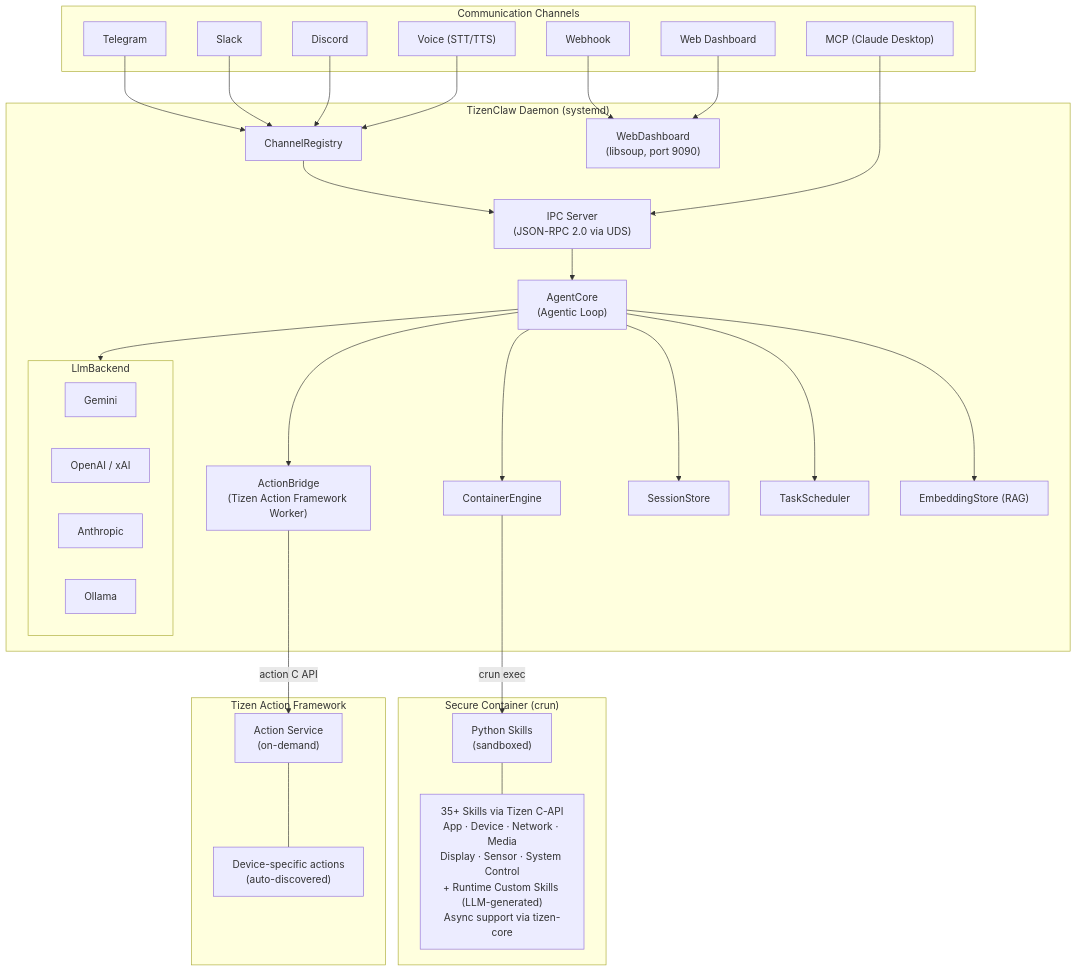
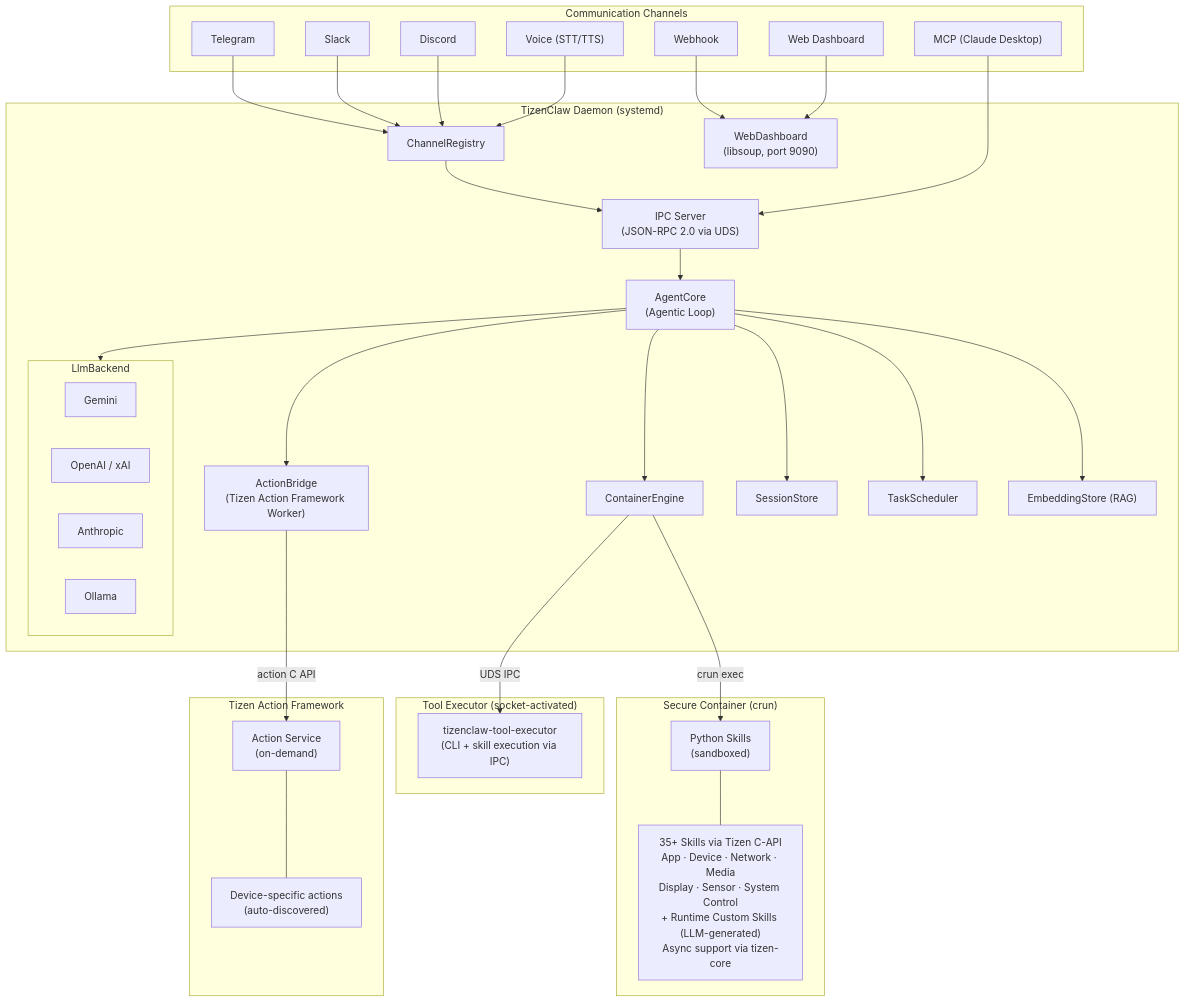
One commit to ashuksingh11/tizenclaw changed the diagram in README.md. Above: the diagram before and after it, drawn with Mermaid. The commit also changed other lines of this file and 3 other files, not shown here.

````diff
--- a/README.md
+++ b/README.md
@@ -180,58 +182,63 @@
 ```mermaid
 graph TB
     subgraph Channels["Communication Channels"]
         Telegram["Telegram"]
         Slack["Slack"]
         Discord["Discord"]
         MCP["MCP (Claude Desktop)"]
         Webhook["Webhook"]
         Voice["Voice (STT/TTS)"]
         WebUI["Web Dashboard"]
     end
 
     subgraph Daemon["TizenClaw Daemon (systemd)"]
         ChannelReg["ChannelRegistry"]
         IPC["IPC Server<br/>(JSON-RPC 2.0 via UDS)"]
         AgentCore["AgentCore<br/>(Agentic Loop)"]
         ContainerEngine["ContainerEngine"]
         ActionBridge["ActionBridge<br/>(Tizen Action Framework Worker)"]
         SessionStore["SessionStore"]
         TaskScheduler["TaskScheduler"]
         EmbeddingStore["EmbeddingStore (RAG)"]
         WebDashboard["WebDashboard<br/>(libsoup, port 9090)"]
 
         subgraph LLM["LlmBackend"]
             Gemini["Gemini"]
             OpenAI["OpenAI / xAI"]
             Anthropic["Anthropic"]
             Ollama["Ollama"]
         end
 
         ChannelReg --> IPC
         IPC --> AgentCore
         AgentCore --> LLM
         AgentCore --> ContainerEngine
         AgentCore --> ActionBridge
         AgentCore --> SessionStore
         AgentCore --> TaskScheduler
         AgentCore --> EmbeddingStore
     end
 
+    subgraph ToolExec["Tool Executor (socket-activated)"]
+        ToolExecSvc["tizenclaw-tool-executor<br/>(CLI + skill execution via IPC)"]
+    end
+
     subgraph Secure["Secure Container (crun)"]
         Skills["Python Skills<br/>(sandboxed)"]
         SkillList["35+ Skills via Tizen C-API<br/>App · Device · Network · Media<br/>Display · Sensor · System Control<br/>+ Runtime Custom Skills (LLM-generated)<br/>Async support via tizen-core"]
         Skills --- SkillList
     end
 
     subgraph ActionFW["Tizen Action Framework"]
         ActionService["Action Service<br/>(on-demand)"]
         ActionApps["Device-specific actions<br/>(auto-discovered)"]
         ActionService --- ActionApps
     end
 
     Telegram & Slack & Discord & Voice --> ChannelReg
     MCP --> IPC
     Webhook & WebUI --> WebDashboard
+    ContainerEngine -- "UDS IPC" --> ToolExecSvc
     ContainerEngine -- "crun exec" --> Skills
     ActionBridge -- "action C API" --> ActionService
 ```
````
